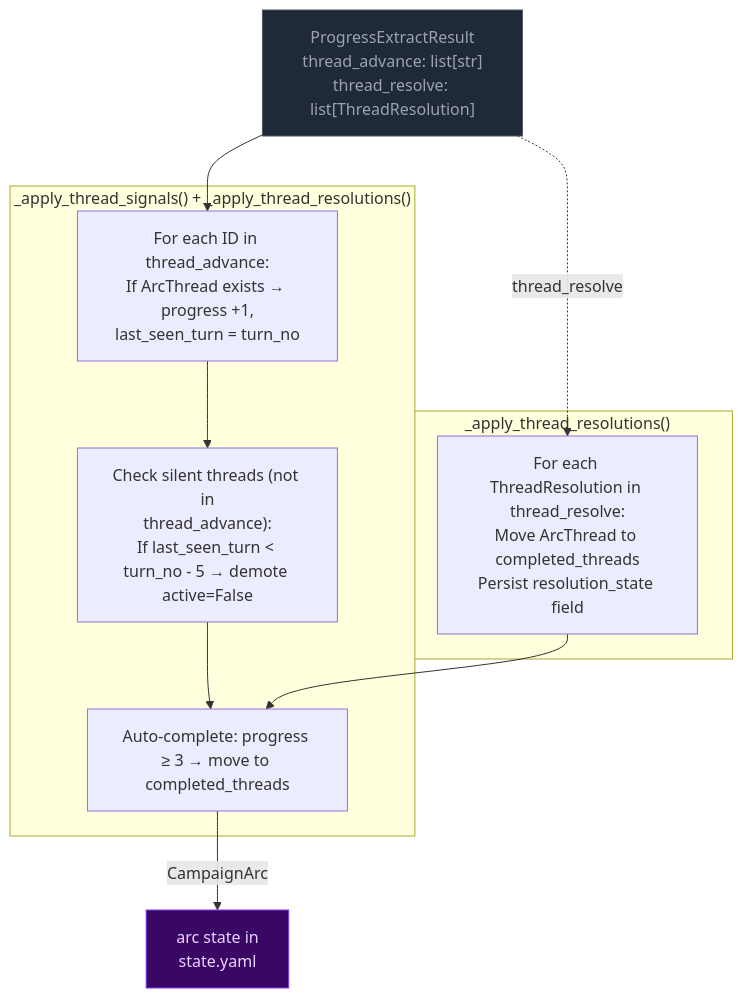
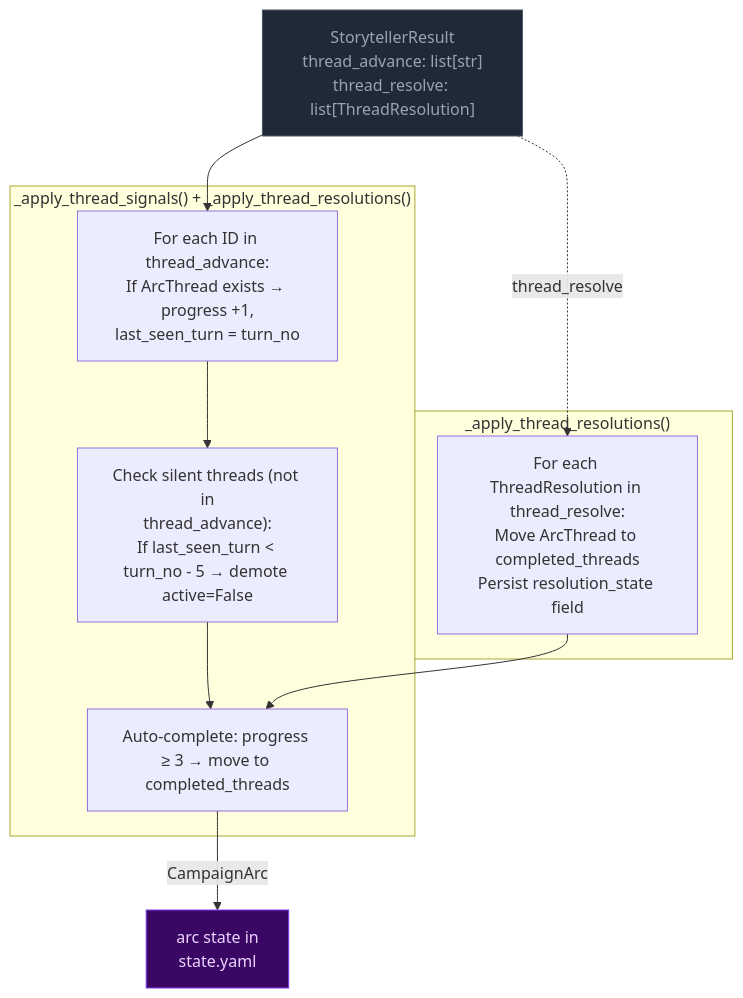
One commit to pww217/fablethread changed the first of 4 diagrams in docs/architecture/campaign-arcs.md. Above: the diagram before and after it, drawn with Mermaid. The commit also changed 51 other files, not shown here.

````diff
--- a/docs/architecture/campaign-arcs.md
+++ b/docs/architecture/campaign-arcs.md
@@ -35,22 +35,22 @@
 ```mermaid
 flowchart TD
     classDef pyNode fill:#1f2937,color:#9ca3af,stroke:#4b5563
     classDef arcNode fill:#3b0764,color:#e9d5ff,stroke:#7c3aed
 
-    PR["ProgressExtractResult<br>thread_advance: list[str]<br>thread_resolve: list[ThreadResolution]"]:::pyNode
+    PR["StorytellerResult<br>thread_advance: list[str]<br>thread_resolve: list[ThreadResolution]"]:::pyNode
 
     subgraph SIGNALS["_apply_thread_signals() + _apply_thread_resolutions()"]
         S1["For each ID in thread_advance:<br>If ArcThread exists → progress +1,<br>last_seen_turn = turn_no"]
         S2["Check silent threads (not in<br>thread_advance):<br>If last_seen_turn < turn_no - 5 → demote active=False"]
         S3["Auto-complete: progress ≥ 3 → move to completed_threads"]
     end
 
     subgraph RESOLVE["_apply_thread_resolutions()"]
         R1["For each ThreadResolution in thread_resolve:<br>Move ArcThread to completed_threads<br>Persist resolution_state field"]
     end
 
     PR --> S1 --> S2 --> S3
     PR -. "thread_resolve" .-> R1 --> S3
 
     S3 -- "CampaignArc" --> ARC[arc state in<br>state.yaml]:::arcNode
 ```
````
